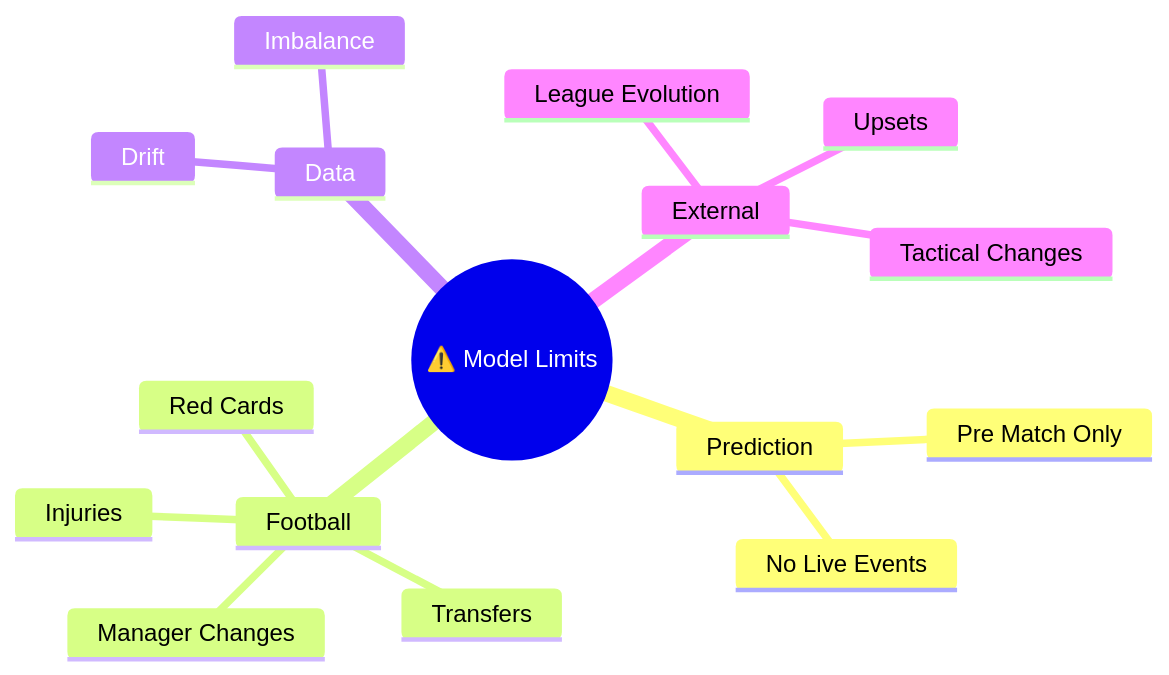
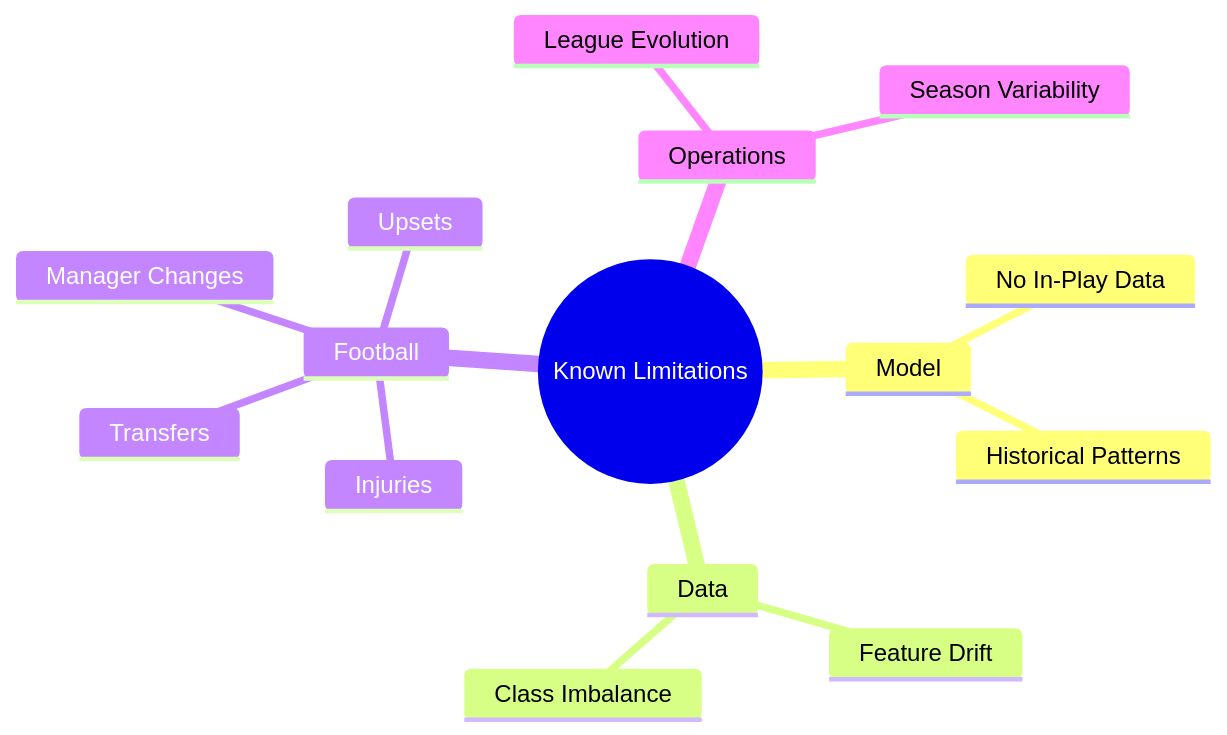
One commit to sai-ganesh-4539/StatVault changed the seventh of 8 diagrams in Match_Prediction_Intelligence.md. Above: the diagram before and after it, drawn with Mermaid. The commit also changed other lines of this file, not shown here.

````diff
--- a/Match_Prediction_Intelligence.md
+++ b/Match_Prediction_Intelligence.md
@@ -389,23 +280,22 @@
 ```mermaid
 mindmap
-  root((⚠️ Model Limits))
+  root((Known Limitations))
 
-    Prediction
-      Pre Match Only
-      No Live Events
+    Model
+      No In-Play Data
+      Historical Patterns
+
+    Data
+      Feature Drift
+      Class Imbalance
 
     Football
       Injuries
       Transfers
       Manager Changes
-      Red Cards
+      Upsets
 
-    Data
-      Drift
-      Imbalance
-
-    External
+    Operations
       League Evolution
-      Tactical Changes
-      Upsets
+      Season Variability
 ```
````
